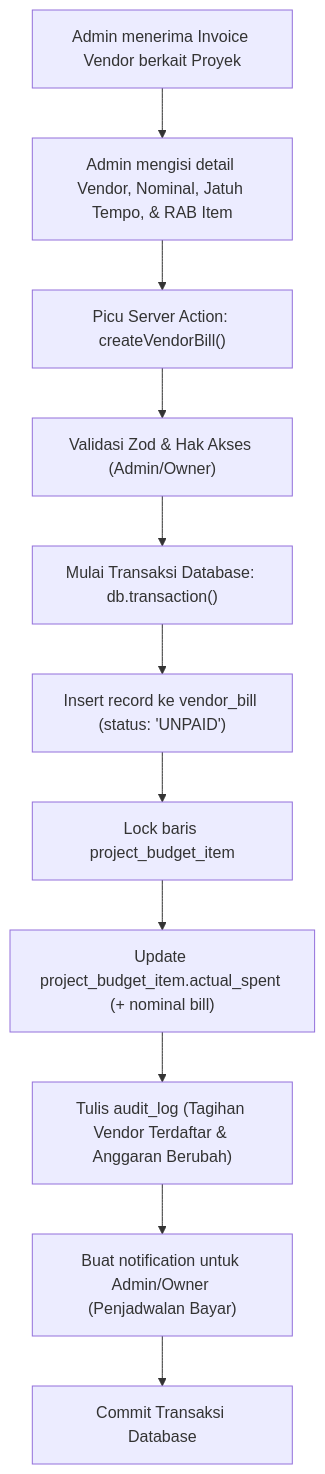
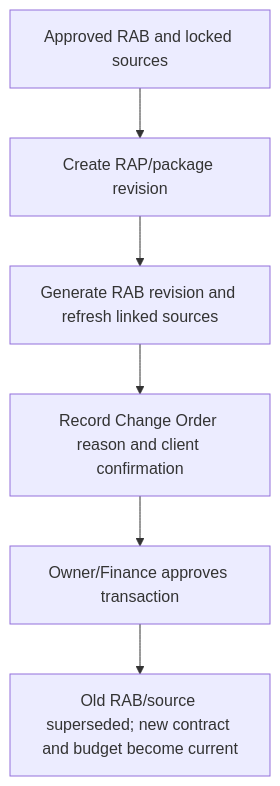
The seventh of 13 diagrams in docs/03-flows/FLOWS.md (LibranRst/atria-erp), drawn with Mermaid before and after one commit. The commit also changed other lines of this file and 453 other files, not shown here.

````diff
--- a/docs/03-flows/FLOWS.md
+++ b/docs/03-flows/FLOWS.md
@@ -241,13 +92,8 @@
 ```mermaid
-graph TD
-    A["Admin menerima Invoice Vendor berkait Proyek"] --> B["Admin mengisi detail Vendor, Nominal, Jatuh Tempo, & RAB Item"]
-    B --> C["Picu Server Action: createVendorBill()"]
-    C --> D["Validasi Zod & Hak Akses (Admin/Owner)"]
-    D --> E["Mulai Transaksi Database: db.transaction()"]
-    E --> F["Insert record ke vendor_bill (status: 'UNPAID')"]
-    F --> G["Lock baris project_budget_item"]
-    G --> H["Update project_budget_item.actual_spent (+ nominal bill)"]
-    H --> I["Tulis audit_log (Tagihan Vendor Terdaftar & Anggaran Berubah)"]
-    I --> J["Buat notification untuk Admin/Owner (Penjadwalan Bayar)"]
-    J --> K["Commit Transaksi Database"]
+flowchart TD
+  A["Approved RAB and locked sources"] --> B["Create RAP/package revision"]
+  B --> C["Generate RAB revision and refresh linked sources"]
+  C --> D["Record Change Order reason and client confirmation"]
+  D --> E["Owner/Finance approves transaction"]
+  E --> F["Old RAB/source superseded; new contract and budget become current"]
 ```
````
